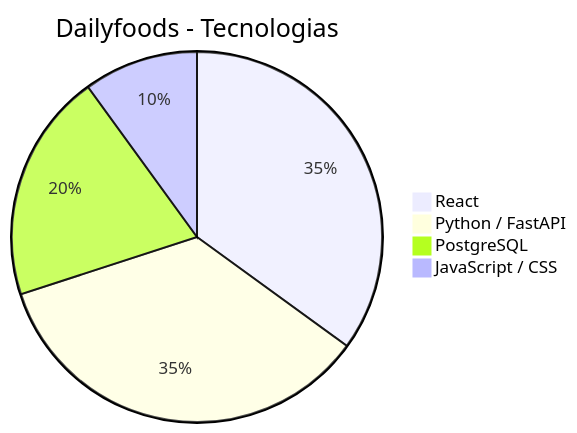
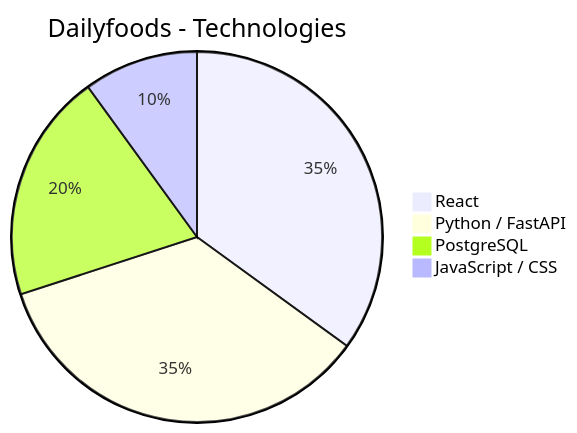
One commit to joaopedro236/Dailyfoods changed the fourth of 4 diagrams in README.md. Above: the diagram before and after it, drawn with Mermaid. The commit also changed other lines of this file, not shown here.

````diff
--- a/README.md
+++ b/README.md
@@ -162,7 +162,7 @@
 ```mermaid
-pie title Dailyfoods - Tecnologias
+pie title Dailyfoods - Technologies
     "React" : 35
     "Python / FastAPI" : 35
     "PostgreSQL" : 20
     "JavaScript / CSS" : 10
 ```
````
